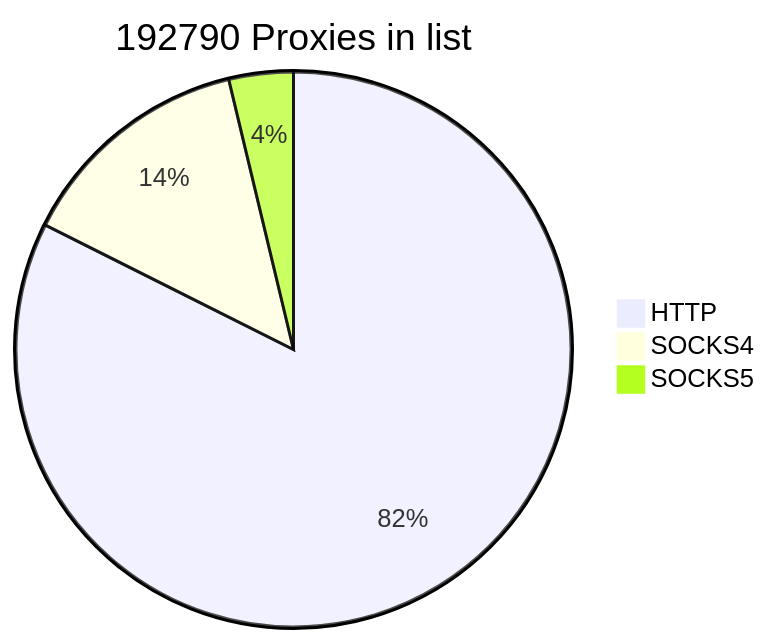
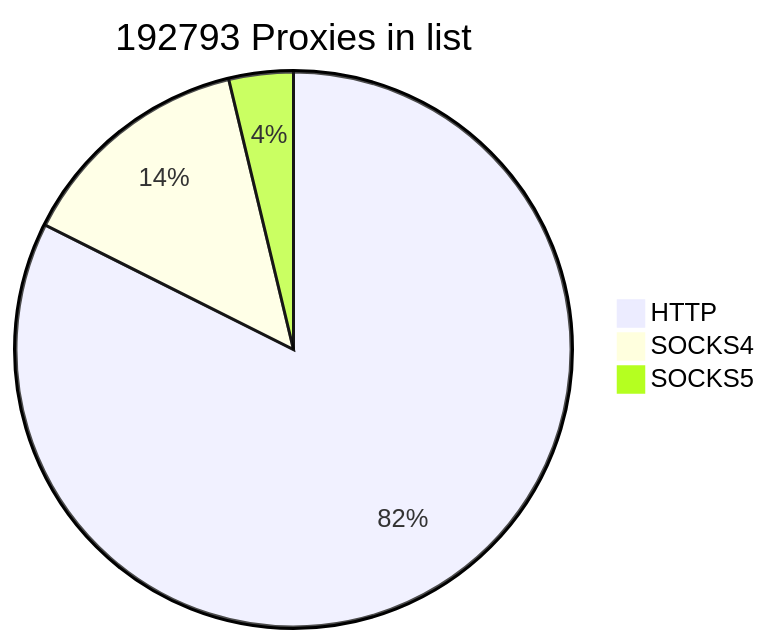
One commit to cutipu/proxylist changed the first of 2 diagrams in README.md. Above: the diagram before and after it, drawn with Mermaid. The commit also changed other lines of this file, not shown here.

````diff
--- a/README.md
+++ b/README.md
@@ -2,7 +2,7 @@
 ```mermaid
-pie title 192790 Proxies in list
+pie title 192793 Proxies in list
     "HTTP" : 158851
-    "SOCKS4" : 26717
+    "SOCKS4" : 26720
     "SOCKS5" : 7222
             
 ```
````
